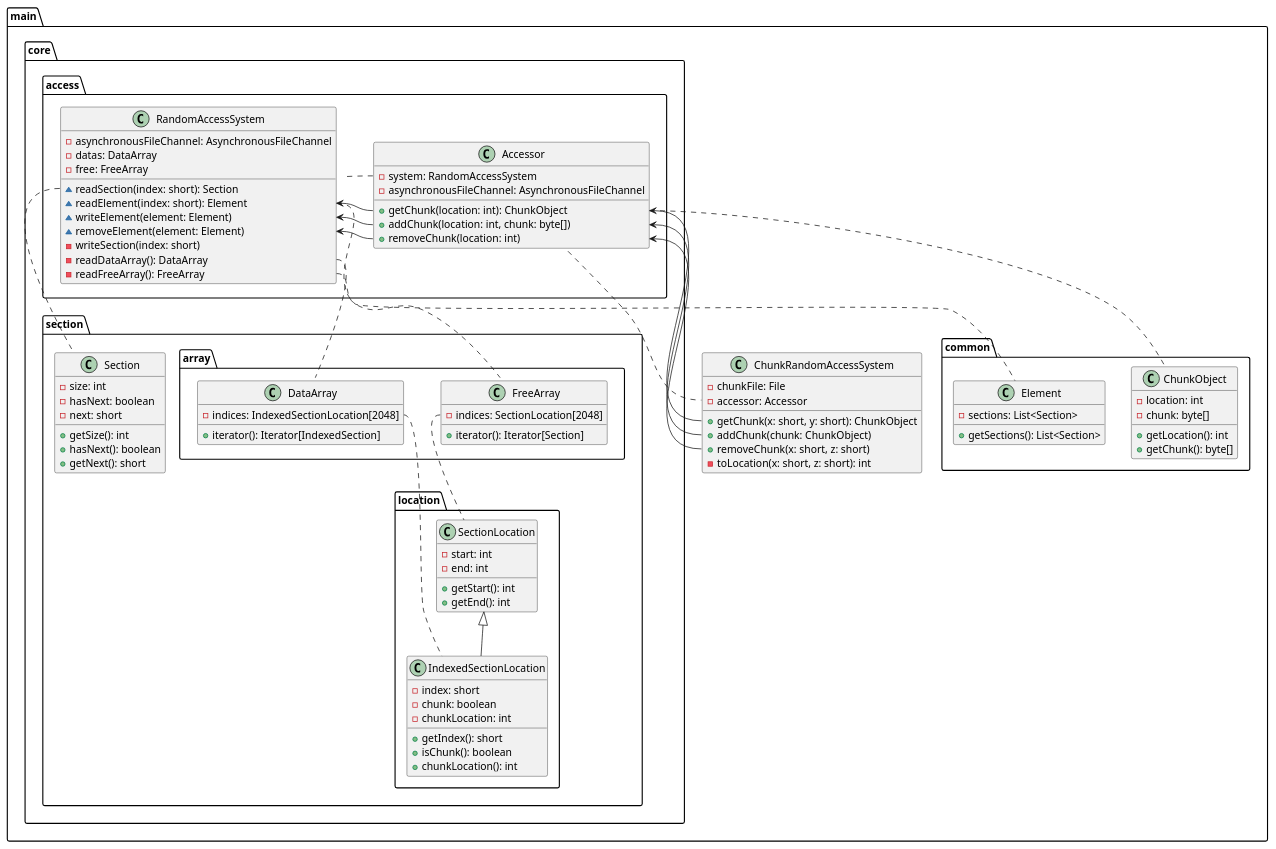
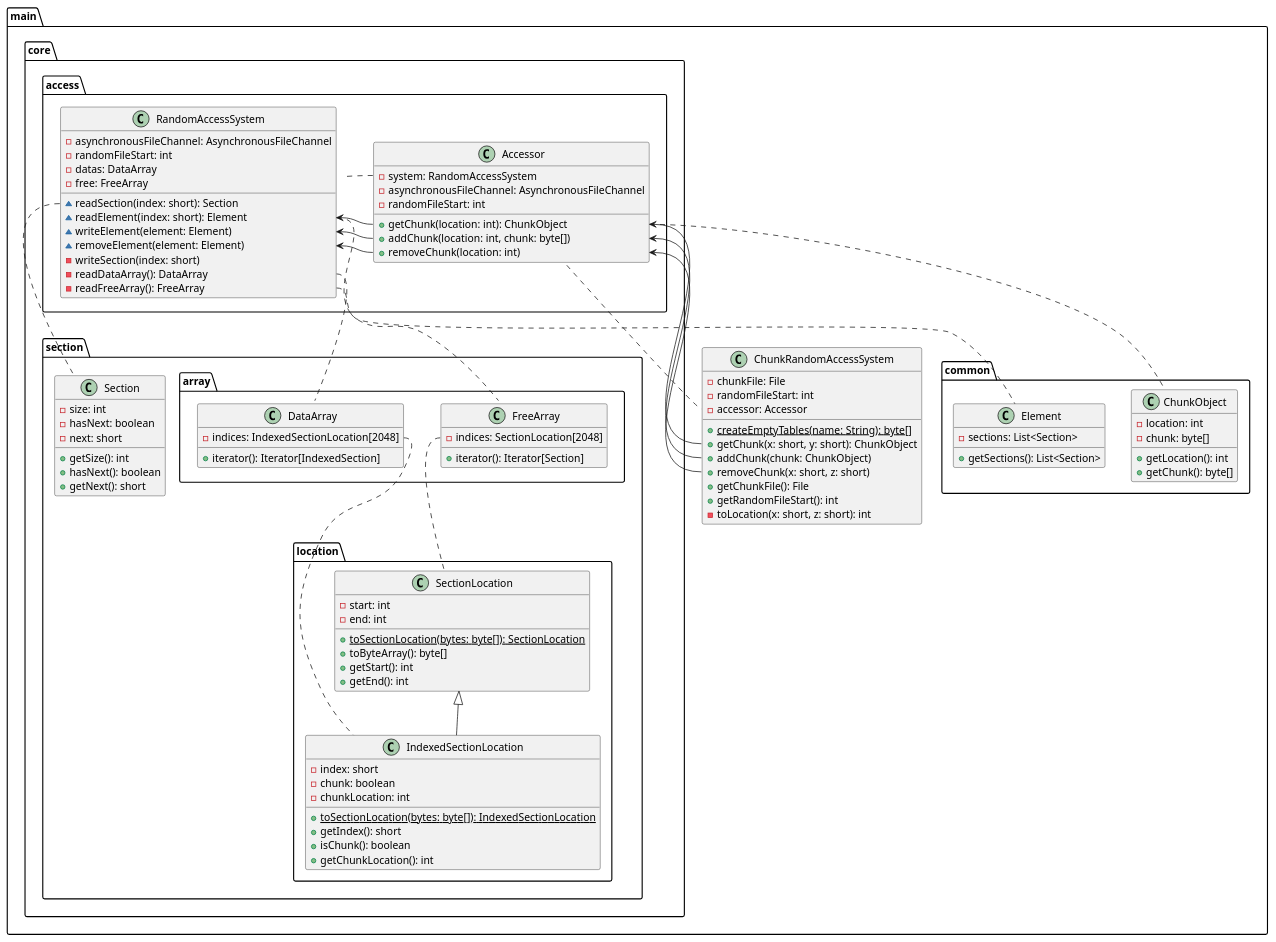
Before and after one commit to WarzouMc/SkyBlock: the diagram in ChunkRandomAccessSystem/uml/cras.puml, drawn with PlantUML. The commit also changed 22 other files, not shown here.

```diff
--- a/ChunkRandomAccessSystem/uml/cras.puml
+++ b/ChunkRandomAccessSystem/uml/cras.puml
@@ -1,115 +1,124 @@
 @startuml
 
 package main {
     package common {
         class ChunkObject {
             -location: int
             -chunk: byte[]
 
             +getLocation(): int
             +getChunk(): byte[]
         }
 
         class Element {
             -sections: List<Section>
 
             +getSections(): List<Section>
         }
     }
     package core {
         package section {
             package array {
                 class DataArray {
                     -indices: IndexedSectionLocation[2048]
 
                     +iterator(): Iterator[IndexedSection]
                 }
 
                 class FreeArray {
                     -indices: SectionLocation[2048]
 
                     +iterator(): Iterator[Section]
                 }
             }
             class Section {
                 -size: int
                 -hasNext: boolean
                 -next: short
 
                 +getSize(): int
                 +hasNext(): boolean
                 +getNext(): short
             }
             package location {
                 class SectionLocation {
                     -start: int
                     -end: int
 
+                    {static} +toSectionLocation(bytes: byte[]): SectionLocation
+                    +toByteArray(): byte[]
                     +getStart(): int
                     +getEnd(): int
                 }
 
                 class IndexedSectionLocation {
                     -index: short
                     -chunk: boolean
                     -chunkLocation: int
 
+                    {static} +toSectionLocation(bytes: byte[]): IndexedSectionLocation
                     +getIndex(): short
                     +isChunk(): boolean
-                    +chunkLocation(): int
+                    +getChunkLocation(): int
                 }
 
                 IndexedSectionLocation -up-|> SectionLocation
             }
             FreeArray::indices .down. SectionLocation
             DataArray::indices .down. IndexedSectionLocation
         }
         package access {
             class RandomAccessSystem {
                 -asynchronousFileChannel: AsynchronousFileChannel
+                -randomFileStart: int
                 -datas: DataArray
                 -free: FreeArray
 
                 ~readSection(index: short): Section
                 ~readElement(index: short): Element
                 ~writeElement(element: Element)
                 ~removeElement(element: Element)
                 -writeSection(index: short)
                 -readDataArray(): DataArray
                 -readFreeArray(): FreeArray
             }
             class Accessor {
                 -system: RandomAccessSystem
                 -asynchronousFileChannel: AsynchronousFileChannel
+                -randomFileStart: int
 
                 +getChunk(location: int): ChunkObject
                 +addChunk(location: int, chunk: byte[])
                 +removeChunk(location: int)
             }
             Accessor::getChunk .. ChunkObject
             Accessor::getChunk --> RandomAccessSystem::readElement
             Accessor::system .. RandomAccessSystem
             Accessor::removeChunk -> RandomAccessSystem::removeElement
             Accessor::addChunk -> RandomAccessSystem::writeElement
             RandomAccessSystem::readSection .. Section
             RandomAccessSystem::readElement .. Element
             RandomAccessSystem::readDataArray .. DataArray
             RandomAccessSystem::readFreeArray .. FreeArray
         }
     }
     class ChunkRandomAccessSystem {
         -chunkFile: File
+        -randomFileStart: int
         -accessor: Accessor
 
+        {static} +createEmptyTables(name: String): byte[]
         +getChunk(x: short, y: short): ChunkObject
         +addChunk(chunk: ChunkObject)
         +removeChunk(x: short, z: short)
+        +getChunkFile(): File
+        +getRandomFileStart(): int
         -toLocation(x: short, z: short): int
     }
 
     ChunkRandomAccessSystem::accessor .up. Accessor
     ChunkRandomAccessSystem::getChunk -up-> Accessor::getChunk
     ChunkRandomAccessSystem::addChunk --> Accessor::addChunk
     ChunkRandomAccessSystem::removeChunk --> Accessor::removeChunk
 }
 @enduml
```
